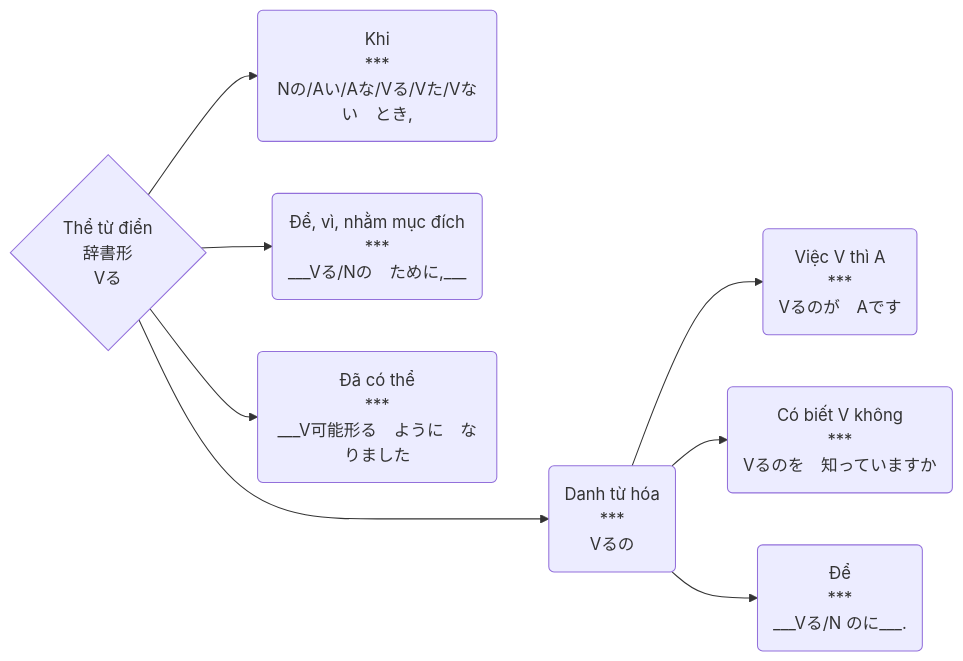
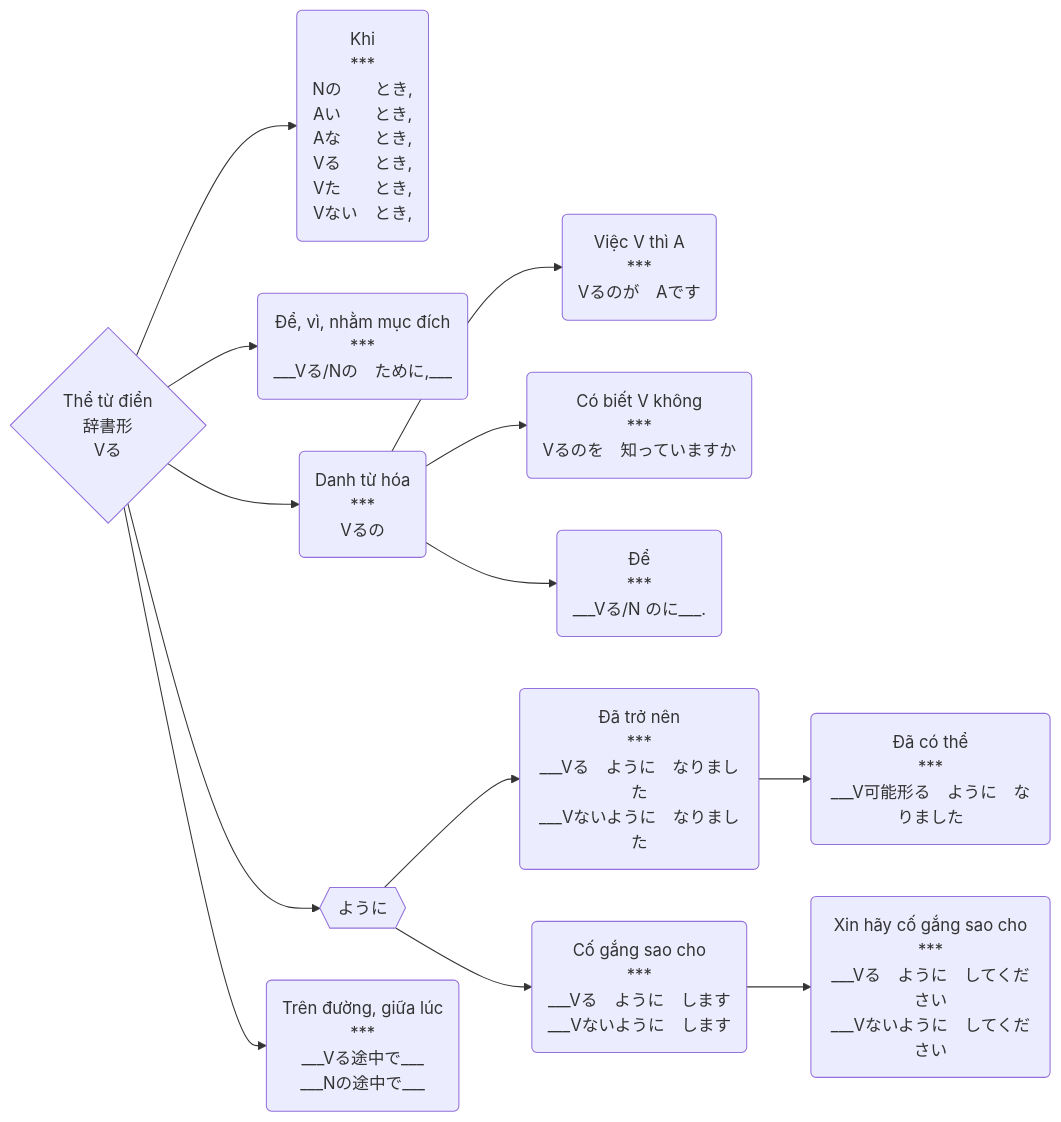
The diagram in The/辞書形.md (tea1504/learn), drawn with Mermaid before and after one commit. The commit also changed 13 other files, not shown here.

````diff
--- a/The/辞書形.md
+++ b/The/辞書形.md
@@ -1,14 +1,18 @@
 ```mermaid
 graph LR;
     V{Thể từ điển\n辞書形\nVる}
 
-    V-->khi(Khi\n***\nNの/Aい/Aな/Vる/Vた/Vない　とき,)
+    V-->khi(Khi\n***\nNの　　とき,\nAい　　とき,\nAな　　とき,\nVる　　とき,\nVた　　とき,\nVない　とき,)
     V-->nhamMucDich(Để, vì, nhằm mục đích\n***\n___Vる/Nの　ために,___)
-    V-->daCoThe(Đã có thể\n***\n___V可能形る　ように　なりました)
-    V--->danhTuHoa(Danh từ hóa\n***\nVるの)
+    V-->danhTuHoa(Danh từ hóa\n***\nVるの)
 
     danhTuHoa-->viecVthiAGa(Việc V thì A\n***\nVるのが　Aです)
     danhTuHoa-->coBietVKhong(Có biết V không\n***\nVるのを　知っていますか)
     danhTuHoa-->de(Để\n***\n___Vる/N のに___.)
-
+    V-->youni{{ように}}
+    youni-->daTroNen(Đã trở nên\n***\n___Vる　ように　なりました\n___Vないように　なりました)
+    daTroNen-->daCoThe(Đã có thể\n***\n___V可能形る　ように　なりました)
+    V-->trenDuongGiuaLuc(Trên đường, giữa lúc\n***\n___Vる途中で___\n___Nの途中で___)
+    youni-->coGangSaoCho(Cố gắng sao cho\n***\n___Vる　ように　します\n___Vないように　します)
+    coGangSaoCho-->xinHayCoGangSaoCho(Xin hãy cố gắng sao cho\n***\n___Vる　ように　してください\n___Vないように　してください)
 ```
````
